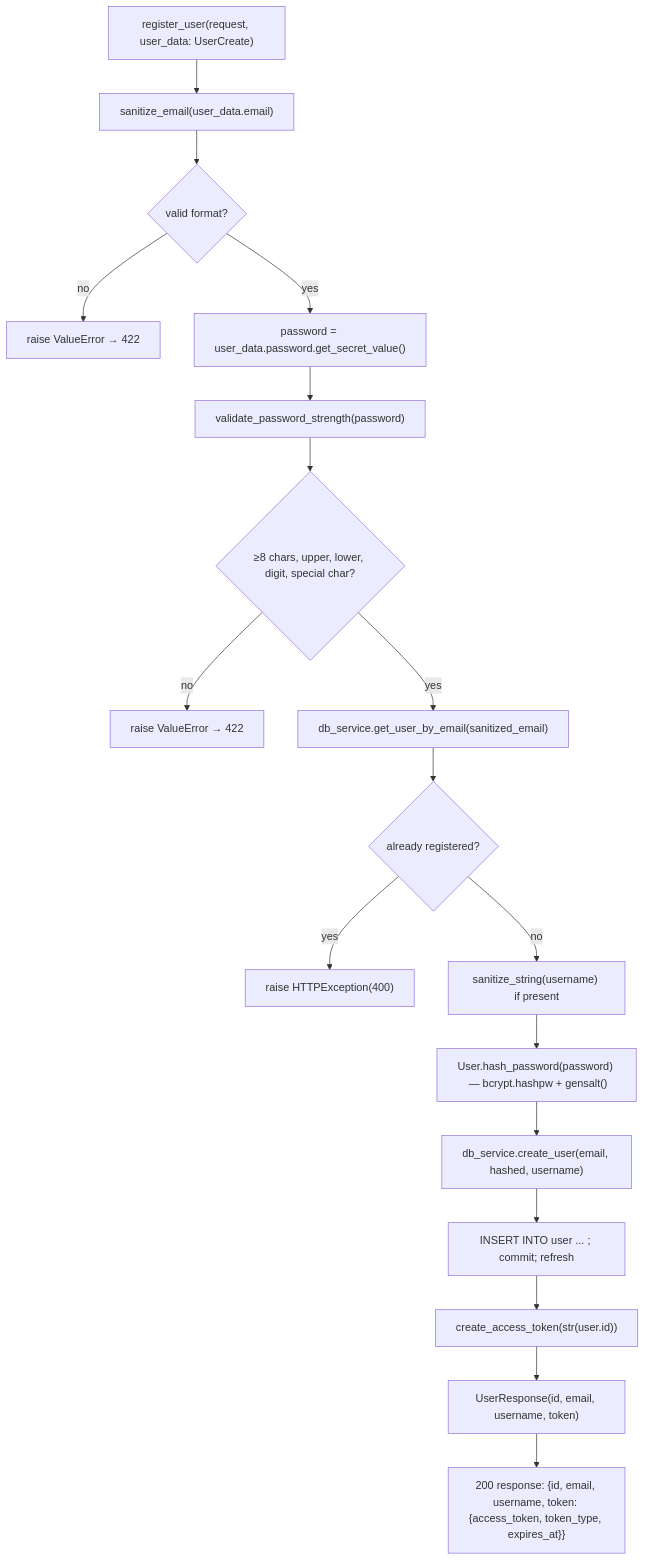
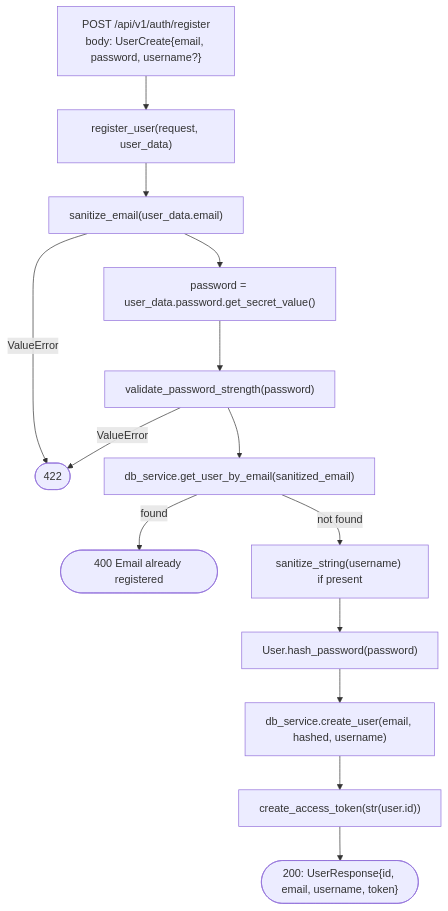
The fourth of 18 diagrams in dataflow.md (yashwilk/Craster_ChatBot), drawn with Mermaid before and after one commit. The commit also changed other lines of this file, not shown here.

````diff
--- a/dataflow.md
+++ b/dataflow.md
@@ -106,20 +152,16 @@
 ```mermaid
 flowchart TD
-    A["register_user(request, user_data: UserCreate)"] --> B["sanitize_email(user_data.email)"]
-    B --> C{"valid format?"}
-    C -- no --> C1["raise ValueError → 422"]
-    C -- yes --> D["password = user_data.password.get_secret_value()"]
+    A["POST /api/v1/auth/register\nbody: UserCreate{email, password, username?}"] --> B["register_user(request, user_data)"]
+    B --> C["sanitize_email(user_data.email)"]
+    C -->|"ValueError"| C1(["422"])
+    C --> D["password = user_data.password.get_secret_value()"]
     D --> E["validate_password_strength(password)"]
-    E --> F{"≥8 chars, upper, lower, digit, special char?"}
-    F -- no --> F1["raise ValueError → 422"]
-    F -- yes --> G["db_service.get_user_by_email(sanitized_email)"]
-    G --> H{"already registered?"}
-    H -- yes --> H1["raise HTTPException(400)"]
-    H -- no --> I["sanitize_string(username) if present"]
-    I --> J["User.hash_password(password)  — bcrypt.hashpw + gensalt()"]
-    J --> K["db_service.create_user(email, hashed, username)"]
-    K --> L["INSERT INTO user ... ; commit; refresh"]
-    L --> M["create_access_token(str(user.id))"]
-    M --> N["UserResponse(id, email, username, token)"]
-    N --> O["200 response: {id, email, username, token: {access_token, token_type, expires_at}}"]
+    E -->|"ValueError"| C1
+    E --> F["db_service.get_user_by_email(sanitized_email)"]
+    F -->|"found"| F1(["400 Email already registered"])
+    F -->|"not found"| G["sanitize_string(username) if present"]
+    G --> H["User.hash_password(password)"]
+    H --> I["db_service.create_user(email, hashed, username)"]
+    I --> J["create_access_token(str(user.id))"]
+    J --> K(["200: UserResponse{id, email, username, token}"])
 ```
````
